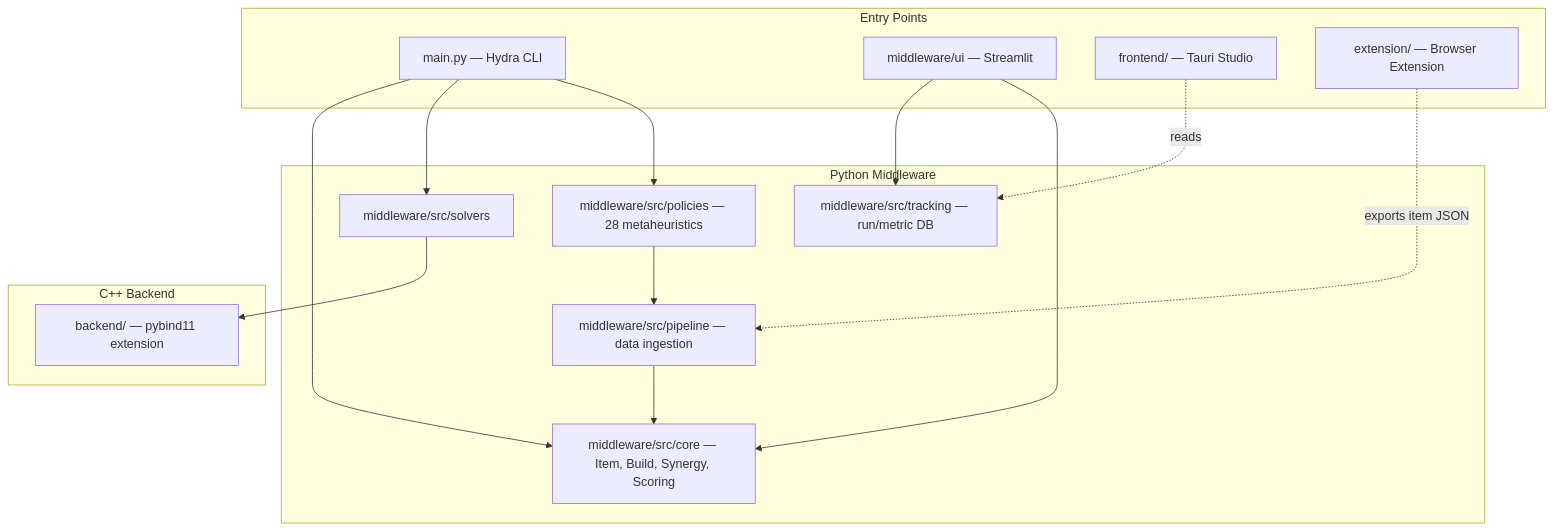
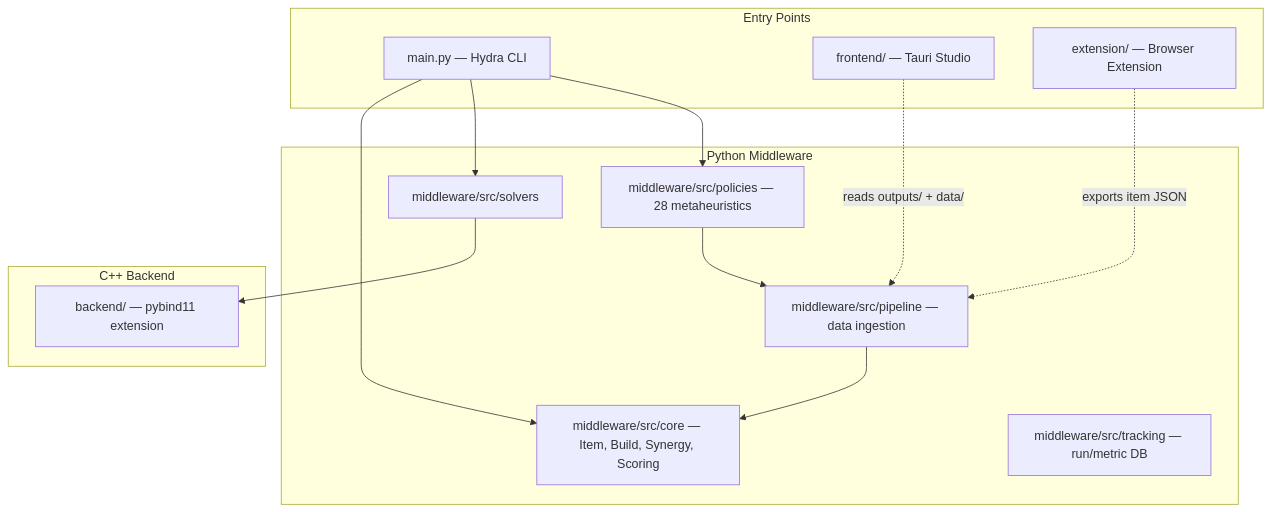
One commit to ACFHarbinger/Build-Optimization changed the diagram in docs/ARCHITECTURE.md. Above: the diagram before and after it, drawn with Mermaid. The commit also changed other lines of this file and 57 other files, not shown here.

First line of the commit message:
Migrate middleware/ui dashboard functionality into the Tauri frontend

````diff
--- a/docs/ARCHITECTURE.md
+++ b/docs/ARCHITECTURE.md
@@ -5,32 +5,29 @@
 ```mermaid
 flowchart TD
     subgraph Entry Points
         CLI[main.py — Hydra CLI]
-        Dashboard[middleware/ui — Streamlit]
         Studio[frontend/ — Tauri Studio]
         Extension[extension/ — Browser Extension]
     end
 
     subgraph Python Middleware
         Core[middleware/src/core — Item, Build, Synergy, Scoring]
         Solvers[middleware/src/solvers]
         Policies[middleware/src/policies — 28 metaheuristics]
         Pipeline[middleware/src/pipeline — data ingestion]
         Tracking[middleware/src/tracking — run/metric DB]
     end
 
     subgraph C++ Backend
         Backend[backend/ — pybind11 extension]
     end
 
     CLI --> Core
     CLI --> Solvers
     CLI --> Policies
-    Dashboard --> Tracking
-    Dashboard --> Core
-    Studio -. reads .-> Tracking
+    Studio -. reads outputs/ + data/ .-> Pipeline
     Extension -. exports item JSON .-> Pipeline
     Solvers --> Backend
     Policies --> Pipeline
     Pipeline --> Core
 ```
````
